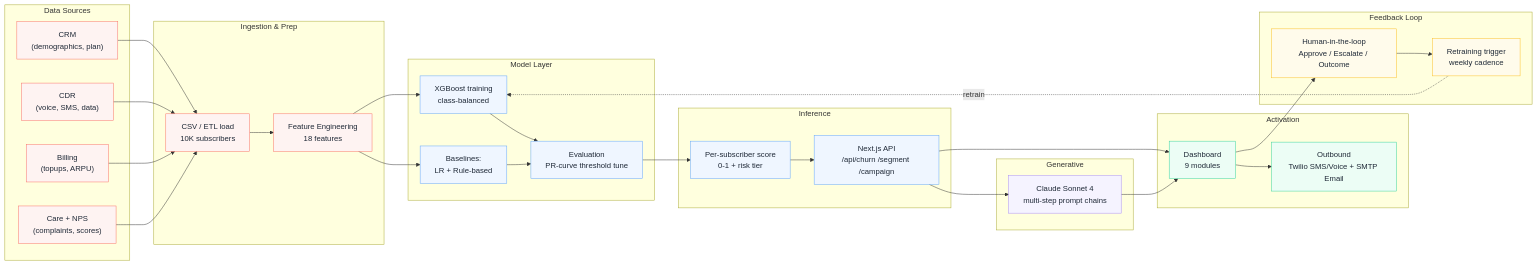
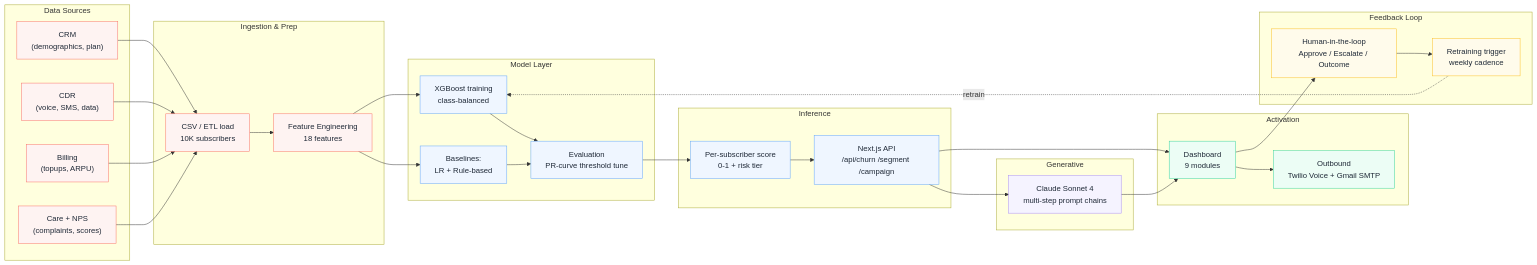
The diagram in docs/diagrams/ai_factory.mmd (mn3265-commits/telcopulse-ai), drawn with Mermaid before and after one commit. The commit also changed 5 other files, not shown here.

First line of the commit message:
Cross-check fixes: align README, deployment guide, and diagrams with the actual codebase

```diff
--- a/docs/diagrams/ai_factory.mmd
+++ b/docs/diagrams/ai_factory.mmd
@@ -1,68 +1,68 @@
 flowchart LR
     subgraph S1["Data Sources"]
         DS1["CRM<br/>(demographics, plan)"]
         DS2["CDR<br/>(voice, SMS, data)"]
         DS3["Billing<br/>(topups, ARPU)"]
         DS4["Care + NPS<br/>(complaints, scores)"]
     end
 
     subgraph S2["Ingestion & Prep"]
         IN["CSV / ETL load<br/>10K subscribers"]
         FE["Feature Engineering<br/>18 features"]
     end
 
     subgraph S3["Model Layer"]
         TR["XGBoost training<br/>class-balanced"]
         BL["Baselines:<br/>LR + Rule-based"]
         EV["Evaluation<br/>PR-curve threshold tune"]
     end
 
     subgraph S4["Inference"]
         SC["Per-subscriber score<br/>0-1 + risk tier"]
         API["Next.js API<br/>/api/churn /segment /campaign"]
     end
 
     subgraph S5["Generative"]
         CL["Claude Sonnet 4<br/>multi-step prompt chains"]
     end
 
     subgraph S6["Activation"]
         UI["Dashboard<br/>9 modules"]
-        OUT["Outbound<br/>Twilio SMS/Voice + SMTP Email"]
+        OUT["Outbound<br/>Twilio Voice + Gmail SMTP"]
     end
 
     subgraph S7["Feedback Loop"]
         HITL["Human-in-the-loop<br/>Approve / Escalate / Outcome"]
         RT["Retraining trigger<br/>weekly cadence"]
     end
 
     DS1 --> IN
     DS2 --> IN
     DS3 --> IN
     DS4 --> IN
     IN --> FE
     FE --> TR
     FE --> BL
     TR --> EV
     BL --> EV
     EV --> SC
     SC --> API
     API --> CL
     API --> UI
     CL --> UI
     UI --> OUT
     UI --> HITL
     HITL --> RT
     RT -.->|retrain| TR
 
     classDef data fill:#FEF3F2,stroke:#F97066,stroke-width:1px,color:#1F2937
     classDef compute fill:#EFF6FF,stroke:#60A5FA,stroke-width:1px,color:#1F2937
     classDef gen fill:#F5F3FF,stroke:#A78BFA,stroke-width:1px,color:#1F2937
     classDef out fill:#ECFDF5,stroke:#34D399,stroke-width:1px,color:#1F2937
     classDef fb fill:#FFFBEB,stroke:#FBBF24,stroke-width:1px,color:#1F2937
 
     class DS1,DS2,DS3,DS4,IN,FE data
     class TR,BL,EV,SC,API compute
     class CL gen
     class UI,OUT out
     class HITL,RT fb
```
